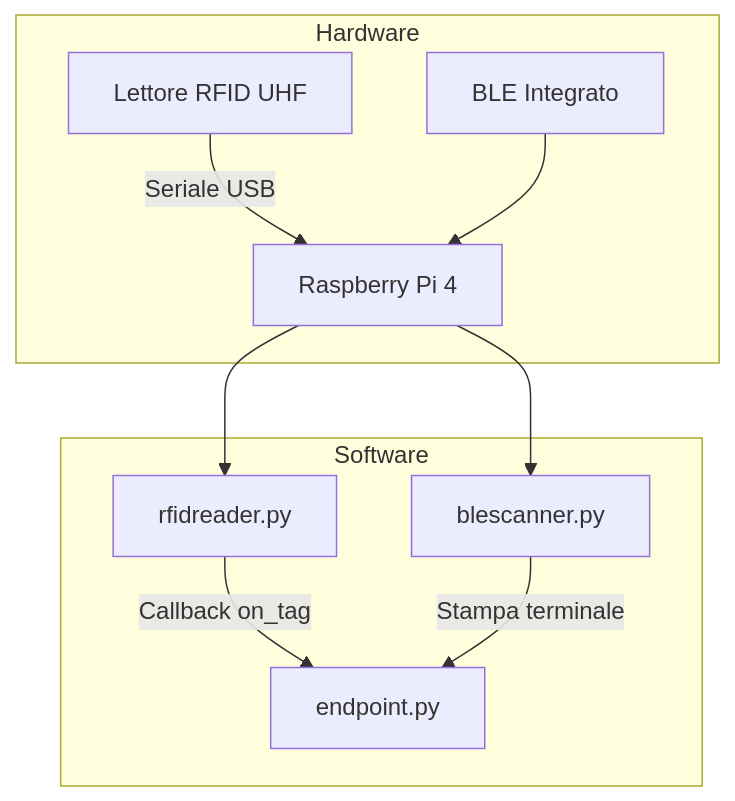
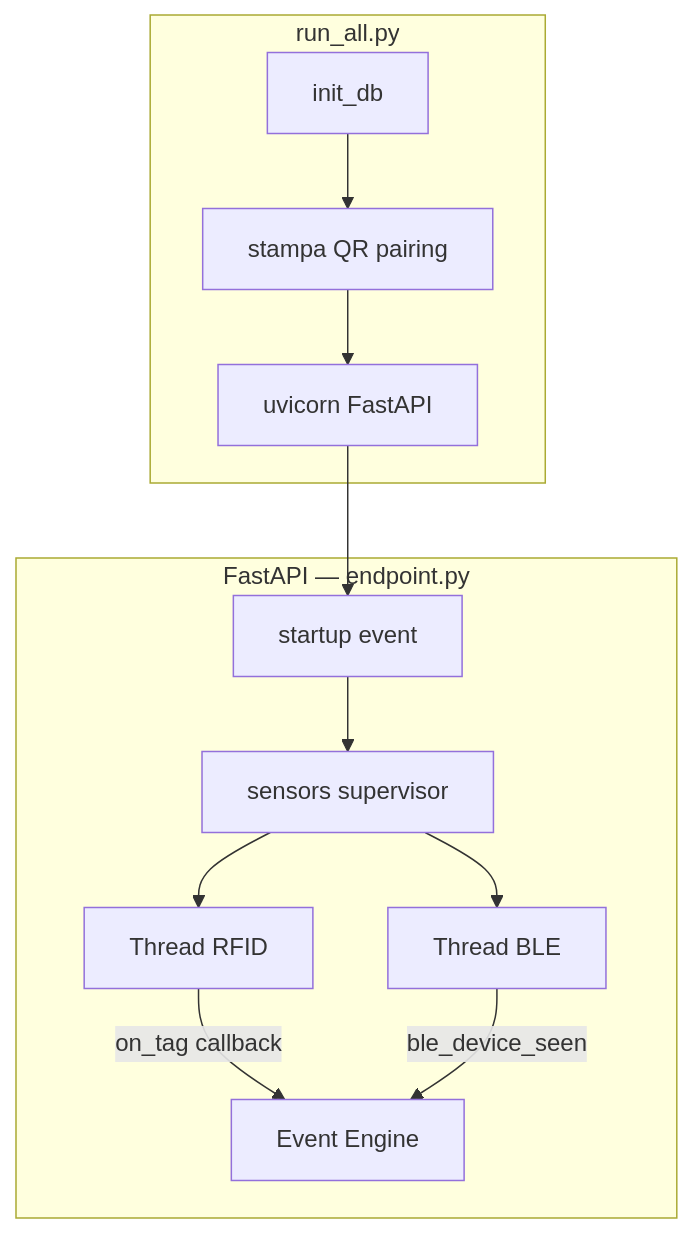
One commit to ScalabrinSimone/GateKeeper changed the diagram in docs/parte-tecnica/hardware.md. Above: the diagram before and after it, drawn with Mermaid. The commit also changed other lines of this file and 33 other files, not shown here.

````diff
--- a/docs/parte-tecnica/hardware.md
+++ b/docs/parte-tecnica/hardware.md
@@ -103,14 +195,15 @@
 ```mermaid
 graph TD
-    subgraph HARDWARE ["Hardware"]
-        RFID[Lettore RFID UHF] -->|Seriale USB| RPI[Raspberry Pi 4]
-        BLE[BLE Integrato] --> RPI
+    subgraph AVVIO ["run_all.py"]
+        A[init_db] --> B[stampa QR pairing]
+        B --> C[uvicorn FastAPI]
     end
-
-    subgraph SOFTWARE ["Software"]
-        RPI --> RFID_Mod[rfidreader.py]
-        RPI --> BLE_Mod[blescanner.py]
-        RFID_Mod -->|Callback on_tag| API[endpoint.py]
-        BLE_Mod -->|Stampa terminale| API
+    subgraph FASTAPI ["FastAPI — endpoint.py"]
+        C --> D[startup event]
+        D --> E[sensors supervisor]
+        E --> F[Thread RFID]
+        E --> H[Thread BLE]
+        F -->|on_tag callback| EE[Event Engine]
+        H -->|ble_device_seen| EE
     end
 ```
````
